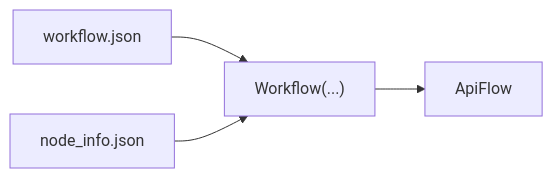
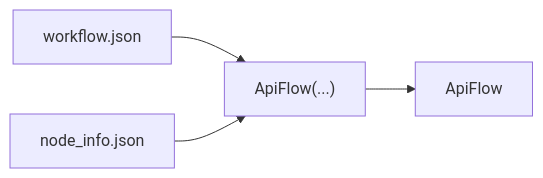
The third of 4 diagrams in docs/convert.md (chrisdreid/comfyui-autoflow), drawn with Mermaid before and after one commit. The commit also changed other lines of this file and 31 other files, not shown here.

Commit message:
Workflow class refactoring (Option A): absorbing auto-detection into ApiFlow, deprecating Workflow as a compatibility alias. Covers changes across models.py, flowtree.py, cli.py and smoke test results.

````diff
--- a/docs/convert.md
+++ b/docs/convert.md
@@ -113,6 +113,6 @@
 ```mermaid
 flowchart LR
-  workflowJson["workflow.json"] --> workflowObj["Workflow(...)"]
+  workflowJson["workflow.json"] --> workflowObj["ApiFlow(...)"]
   objectInfo["node_info.json"] --> workflowObj
   workflowObj --> apiFlow["ApiFlow"]
 ```
````
